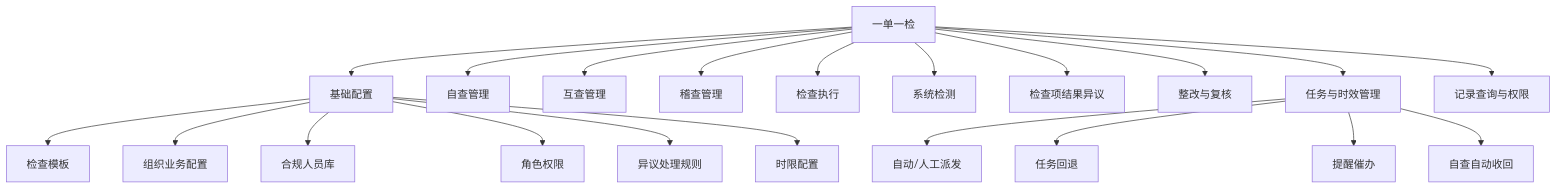
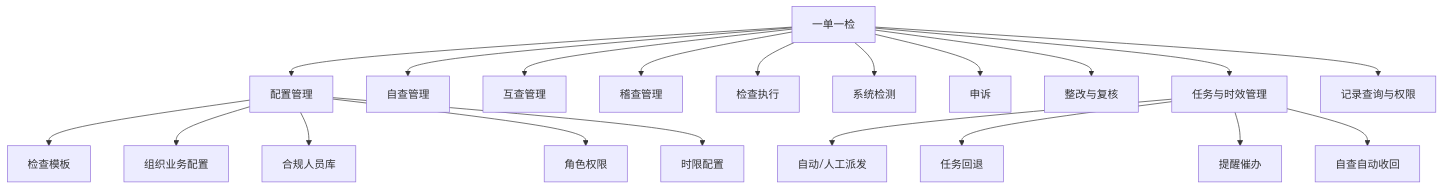
Before and after one commit to LRainD/LRainD.github.io: diagram 15 of 16 in axureMake/docs/四局一单一检/prd.md, drawn with Mermaid. The commit also changed other lines of this file and 25 other files, not shown here.

````diff
--- a/axureMake/docs/四局一单一检/prd.md
+++ b/axureMake/docs/四局一单一检/prd.md
@@ -952,26 +902,25 @@
 ```mermaid
 flowchart TB
     ROOT[一单一检]
-    ROOT --> BASE[基础配置]
+    ROOT --> BASE[配置管理]
     ROOT --> SELF[自查管理]
     ROOT --> MUTUAL[互查管理]
     ROOT --> AUDIT[稽查管理]
     ROOT --> EXEC[检查执行]
     ROOT --> DETECT[系统检测]
-    ROOT --> OBJECTION[检查项结果异议]
+    ROOT --> APPEAL[申诉]
     ROOT --> RECTIFY[整改与复核]
     ROOT --> TASK[任务与时效管理]
     ROOT --> RECORD[记录查询与权限]
 
     BASE --> TEMPLATE[检查模板]
     BASE --> ORGCFG[组织业务配置]
     BASE --> PERSONNEL[合规人员库]
     BASE --> ROLE[角色权限]
-    BASE --> FLOW[异议处理规则]
     BASE --> SLA[时限配置]
 
     TASK --> ASSIGN[自动/人工派发]
     TASK --> RETURN[任务回退]
     TASK --> REMIND[提醒催办]
     TASK --> RECLAIM[自查自动收回]
 ```
````
